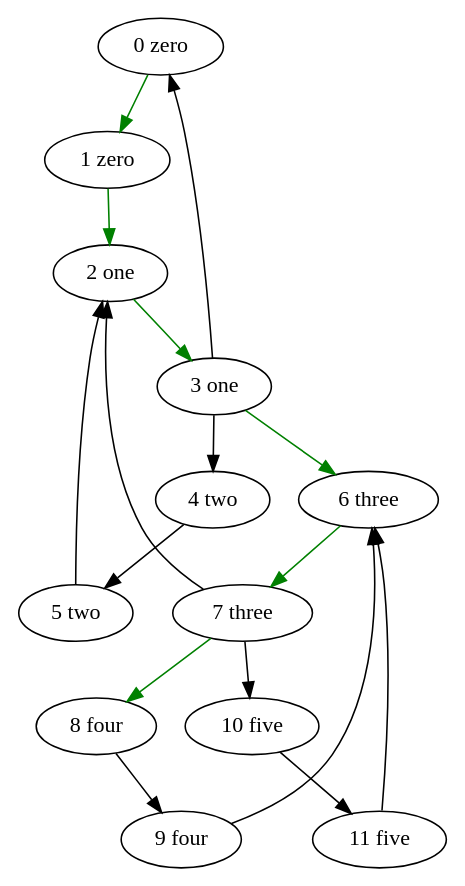
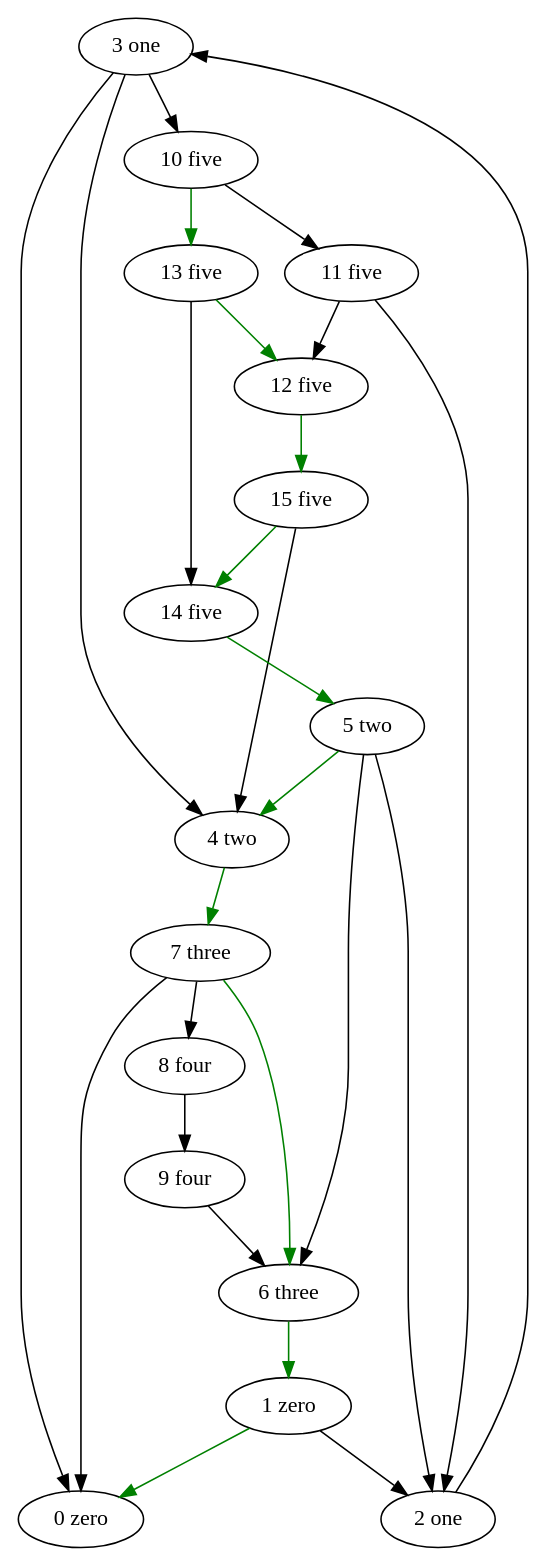
One commit to Xel4ek/lem_in changed the diagram in 3.gv. Above: the diagram before and after it, drawn with Graphviz. The commit also changed 205 other files, not shown here.

```diff
--- a/3.gv
+++ b/3.gv
@@ -1,30 +1,44 @@
 digraph 4 {
 	"0 zero";
 	"3 one";
 	"2 one";
 	"5 two";
 	"4 two";
 	"7 three";
 	"6 three";
 	"9 four";
 	"8 four";
 	"11 five";
 	"10 five";
+	"13 five";
+	"12 five";
+	"15 five";
+	"14 five";
 	"1 zero";
 	"3 one" -> "0 zero";
-	"2 one" -> "3 one" [dir = forward color = "green"];
+	"7 three" -> "0 zero";
+	"1 zero" -> "0 zero" [dir = forward color = "green"];
+	"2 one" -> "3 one";
+	"1 zero" -> "2 one";
 	"5 two" -> "2 one";
-	"7 three" -> "2 one";
-	"1 zero" -> "2 one" [dir = forward color = "green"];
-	"4 two" -> "5 two";
+	"11 five" -> "2 one";
+	"14 five" -> "5 two" [dir = forward color = "green"];
+	"15 five" -> "4 two";
 	"3 one" -> "4 two";
-	"6 three" -> "7 three" [dir = forward color = "green"];
+	"5 two" -> "4 two" [dir = forward color = "green"];
+	"4 two" -> "7 three" [dir = forward color = "green"];
+	"5 two" -> "6 three";
 	"9 four" -> "6 three";
-	"11 five" -> "6 three";
-	"3 one" -> "6 three" [dir = forward color = "green"];
+	"7 three" -> "6 three" [dir = forward color = "green"];
 	"8 four" -> "9 four";
-	"7 three" -> "8 four" [dir = forward color = "green"];
+	"7 three" -> "8 four";
 	"10 five" -> "11 five";
-	"7 three" -> "10 five";
-	"0 zero" -> "1 zero" [dir = forward color = "green"];
+	"3 one" -> "10 five";
+	"10 five" -> "13 five" [dir = forward color = "green"];
+	"11 five" -> "12 five";
+	"13 five" -> "12 five" [dir = forward color = "green"];
+	"12 five" -> "15 five" [dir = forward color = "green"];
+	"13 five" -> "14 five";
+	"15 five" -> "14 five" [dir = forward color = "green"];
+	"6 three" -> "1 zero" [dir = forward color = "green"];
 	}
```
